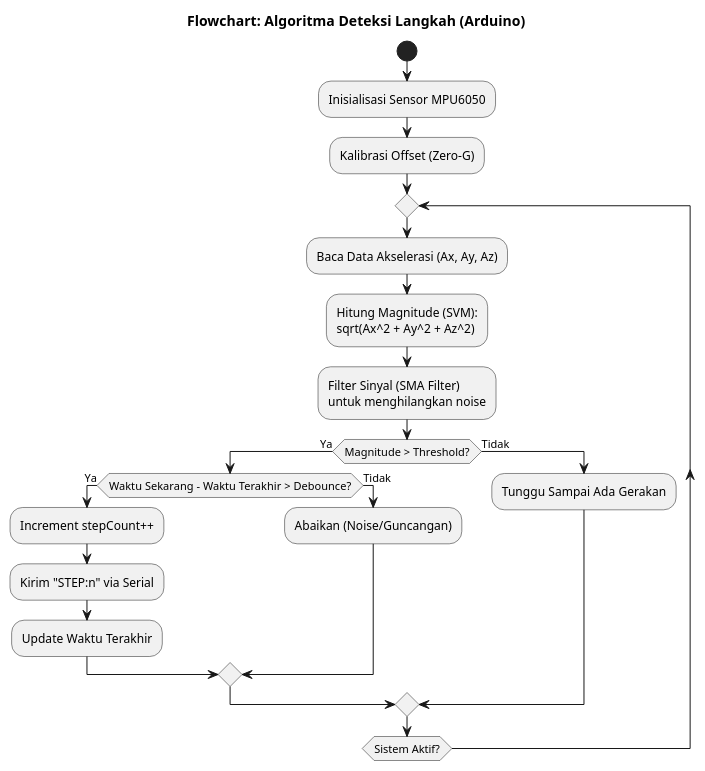
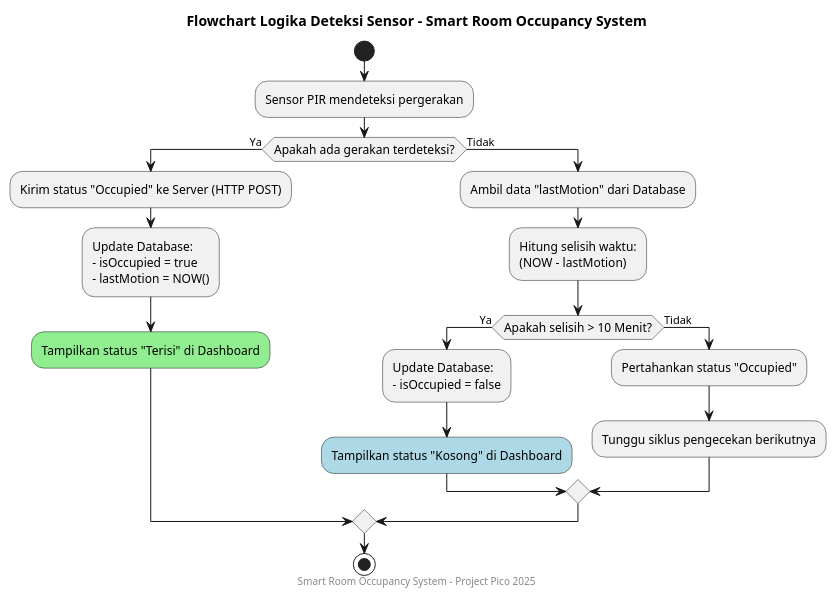
Before and after one commit to E-PPAW-TI503P-2025/PROJECT_KEL1_BODYSENSOR: the diagram in diagram/flowchart.puml, drawn with PlantUML.

Commit message:
update flowchart

```diff
--- a/diagram/flowchart.puml
+++ b/diagram/flowchart.puml
@@ -1,28 +1,36 @@
 @startuml
-title Flowchart: Algoritma Deteksi Langkah (Arduino)
+skinparam ActivityFontSize 12
+skinparam ActivityDiamondFontSize 12
+skinparam SupportRender true
+
+title Flowchart Logika Deteksi Sensor - Smart Room Occupancy System
 
 start
-:Inisialisasi Sensor MPU6050;
-:Kalibrasi Offset (Zero-G);
 
-repeat
-  :Baca Data Akselerasi (Ax, Ay, Az);
-  :Hitung Magnitude (SVM):
-  sqrt(Ax^2 + Ay^2 + Az^2);
+:Sensor PIR mendeteksi pergerakan;
+
+if (Apakah ada gerakan terdeteksi?) then (Ya)
+  :Kirim status "Occupied" ke Server (HTTP POST);
+  :Update Database:
+  - isOccupied = true
+  - lastMotion = NOW();
+  #LightGreen:Tampilkan status "Terisi" di Dashboard;
+else (Tidak)
+  :Ambil data "lastMotion" dari Database;
+  :Hitung selisih waktu:
+  (NOW - lastMotion);
   
-  :Filter Sinyal (SMA Filter)
-  untuk menghilangkan noise;
+  if (Apakah selisih > 10 Menit?) then (Ya)
+    :Update Database:
+    - isOccupied = false;
+    #LightBlue:Tampilkan status "Kosong" di Dashboard;
+  else (Tidak)
+    :Pertahankan status "Occupied";
+    :Tunggu siklus pengecekan berikutnya;
+  endif
+endif
 
-  if (Magnitude > Threshold?) then (Ya)
-    if (Waktu Sekarang - Waktu Terakhir > Debounce?) then (Ya)
-      :Increment stepCount++;
-      :Kirim "STEP:n" via Serial;
-      :Update Waktu Terakhir;
-    else (Tidak)
-      :Abaikan (Noise/Guncangan);
-    endif
-  else (Tidak)
-    :Tunggu Sampai Ada Gerakan;
-  endif
-repeat while (Sistem Aktif?)
-@enduml
+stop
+
+footer Smart Room Occupancy System - Project Pico 2025
+@endum
```
